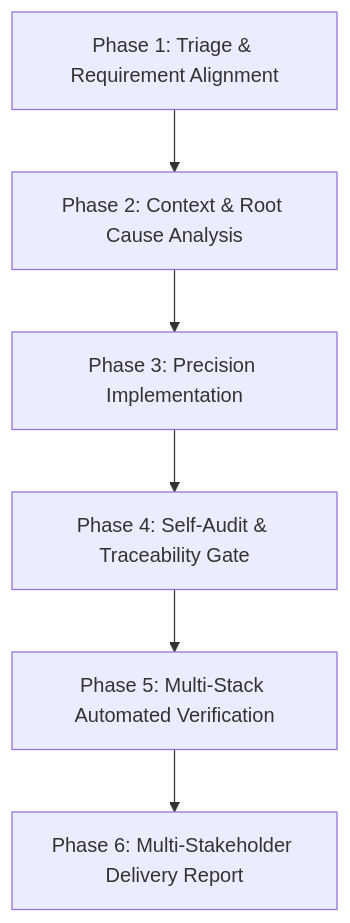
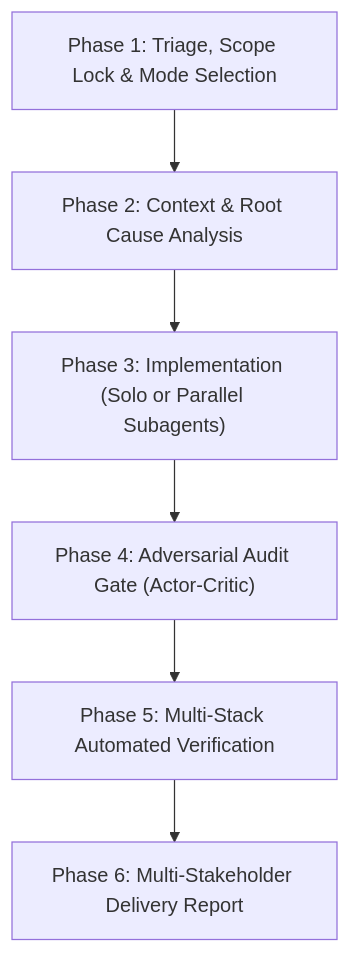
Before and after one commit to itgviet/ai-skills: the diagram in quick-fix/SKILL.md, drawn with Mermaid. The commit also changed other lines of this file and 23 other files, not shown here.

````diff
--- a/quick-fix/SKILL.md
+++ b/quick-fix/SKILL.md
@@ -68,8 +135,8 @@
 ```mermaid
 graph TD
-    P1["Phase 1: Triage & Requirement Alignment"] --> P2["Phase 2: Context & Root Cause Analysis"]
-    P2 --> P3["Phase 3: Precision Implementation"]
-    P3 --> P4["Phase 4: Self-Audit & Traceability Gate"]
+    P1["Phase 1: Triage, Scope Lock & Mode Selection"] --> P2["Phase 2: Context & Root Cause Analysis"]
+    P2 --> P3["Phase 3: Implementation (Solo or Parallel Subagents)"]
+    P3 --> P4["Phase 4: Adversarial Audit Gate (Actor-Critic)"]
     P4 --> P5["Phase 5: Multi-Stack Automated Verification"]
     P5 --> P6["Phase 6: Multi-Stakeholder Delivery Report"]
 ```
````
